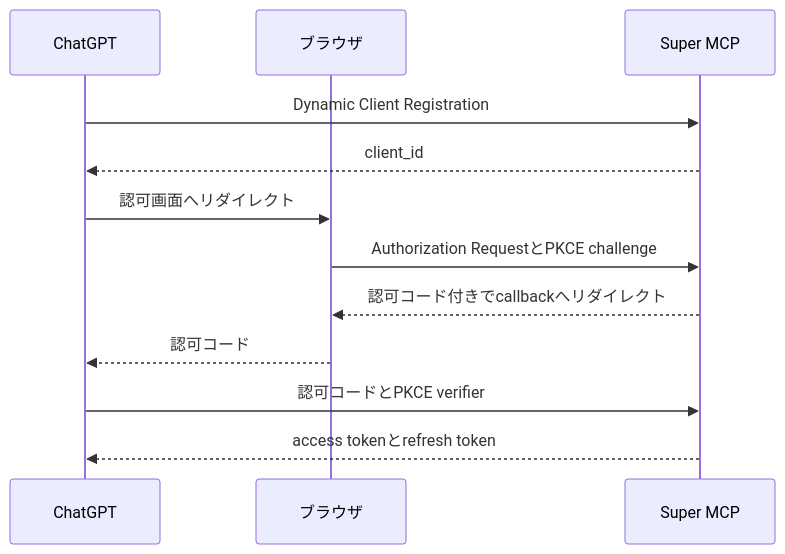
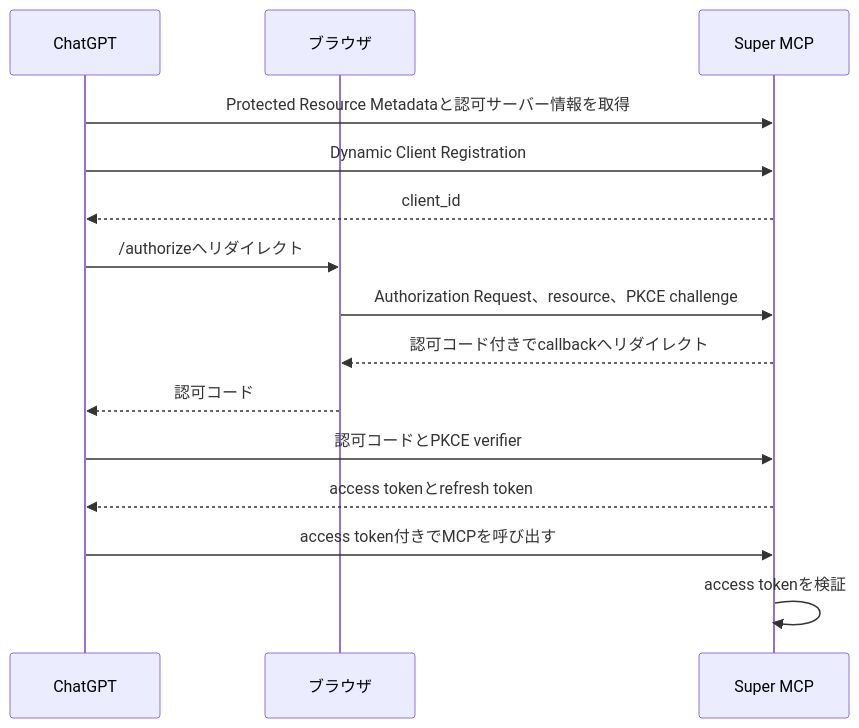
The first of 2 diagrams in articles/super-mcp-chatgpt.md (reizt/zenn), drawn with Mermaid before and after one commit. The commit also changed other lines of this file and 3 other files, not shown here.

````diff
--- a/articles/super-mcp-chatgpt.md
+++ b/articles/super-mcp-chatgpt.md
@@ -239,14 +295,17 @@
 ```mermaid
 sequenceDiagram
     participant C as ChatGPT
     participant B as ブラウザ
     participant S as Super MCP
+    C->>S: Protected Resource Metadataと認可サーバー情報を取得
     C->>S: Dynamic Client Registration
     S-->>C: client_id
-    C->>B: 認可画面へリダイレクト
-    B->>S: Authorization RequestとPKCE challenge
+    C->>B: /authorizeへリダイレクト
+    B->>S: Authorization Request、resource、PKCE challenge
     S-->>B: 認可コード付きでcallbackへリダイレクト
     B-->>C: 認可コード
     C->>S: 認可コードとPKCE verifier
     S-->>C: access tokenとrefresh token
+    C->>S: access token付きでMCPを呼び出す
+    S->>S: access tokenを検証
 ```
````
